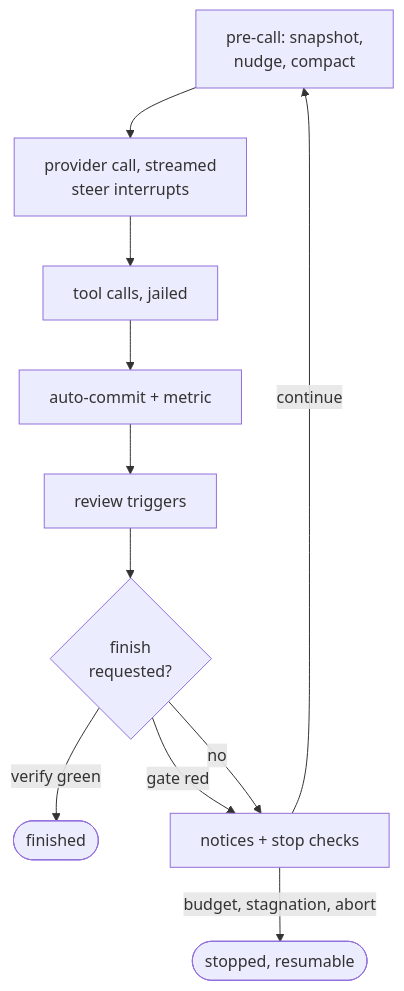
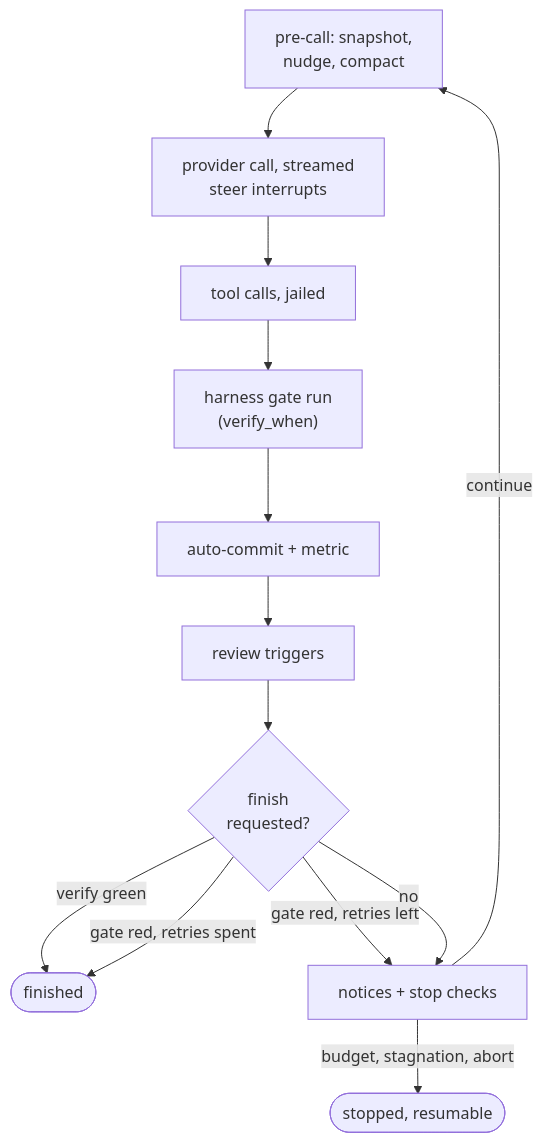
One commit to elesiuta/agent6 changed the third of 6 diagrams in docs/architecture.md. Above: the diagram before and after it, drawn with Mermaid. The commit also changed other lines of this file and 28 other files, not shown here.

````diff
--- a/docs/architecture.md
+++ b/docs/architecture.md
@@ -72,13 +72,15 @@
 ```mermaid
 flowchart TD
     pre["pre-call: snapshot,<br/>nudge, compact"] --> model["provider call, streamed<br/>steer interrupts"]
     model --> tools["tool calls, jailed"]
-    tools --> commit["auto-commit + metric"]
+    tools --> hgate["harness gate run<br/>(verify_when)"]
+    hgate --> commit["auto-commit + metric"]
     commit --> review["review triggers"]
     review --> gates{"finish<br/>requested?"}
     gates -->|verify green| done(["finished"])
-    gates -->|gate red| notices["notices + stop checks"]
+    gates -->|gate red, retries left| notices["notices + stop checks"]
+    gates -->|gate red, retries spent| done
     gates -->|no| notices
     notices -->|budget, stagnation, abort| stopped(["stopped, resumable"])
     notices -->|continue| pre
 ```
````
